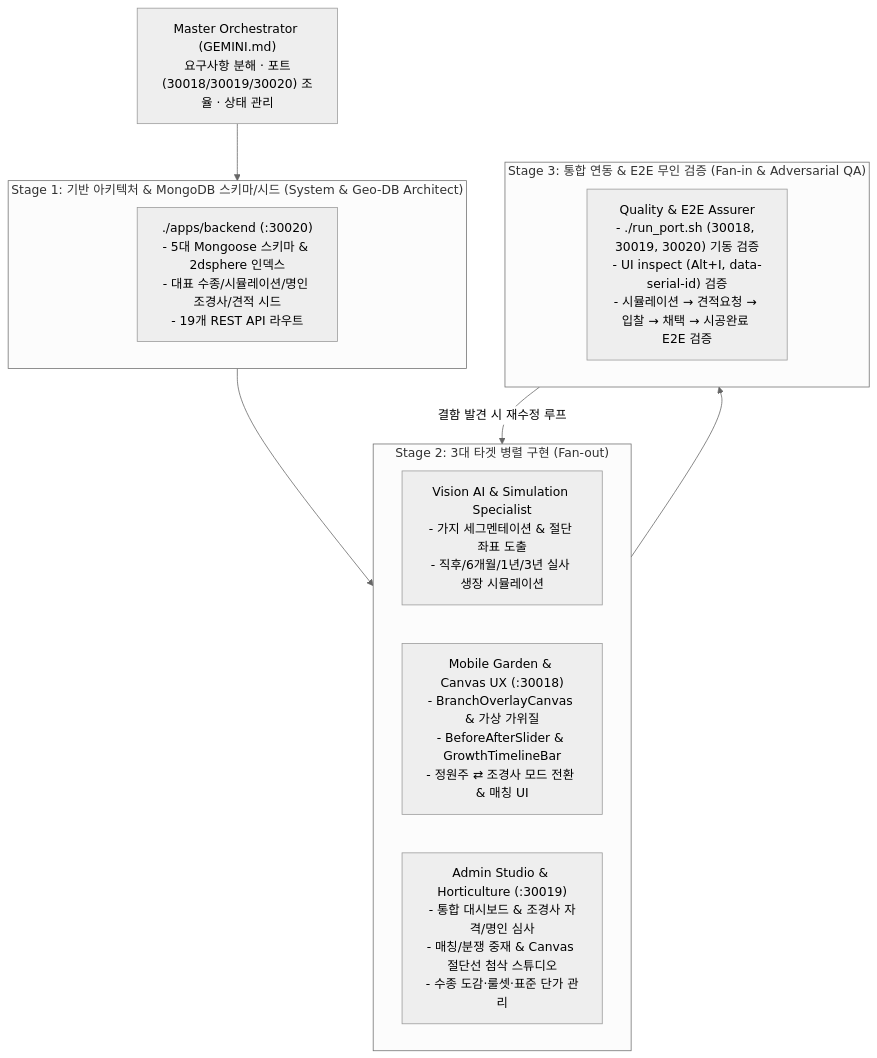
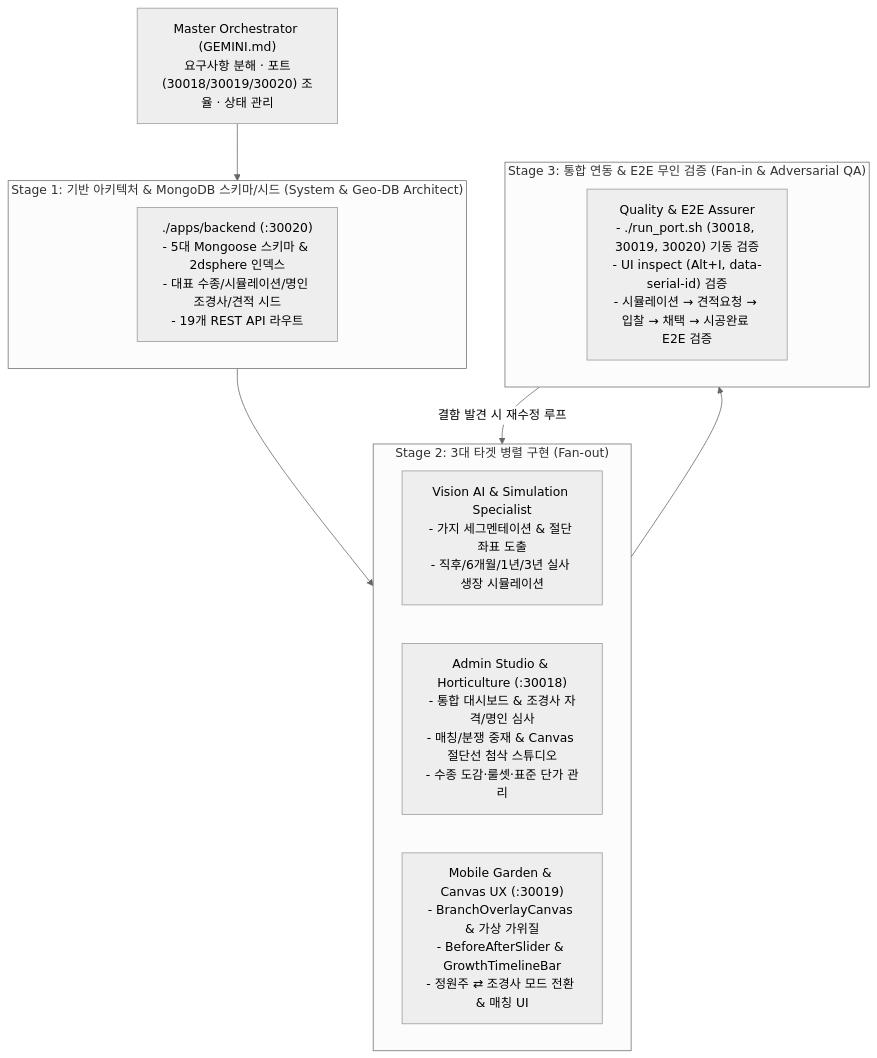
One commit to yojulab/ex_project_GajiTalk changed the diagram in .agents/rules/orchestration-pipeline.md. Above: the diagram before and after it, drawn with Mermaid (neutral theme). The commit also changed other lines of this file and 18 other files, not shown here.

Commit message:
feat(infra): 운영 서버 도메인(jupiter/saturn/uranus) 및 포트(30018 admin, 30019 mobile, 30020 backend) 매핑 동기화

````diff
--- a/.agents/rules/orchestration-pipeline.md
+++ b/.agents/rules/orchestration-pipeline.md
@@ -15,23 +15,23 @@
 ```mermaid
 flowchart TB
     Orchestrator["Master Orchestrator (GEMINI.md)<br/>요구사항 분해 · 포트(30018/30019/30020) 조율 · 상태 관리"]
 
     subgraph Phase1 ["Stage 1: 기반 아키텍처 & MongoDB 스키마/시드 (System & Geo-DB Architect)"]
         DB["./apps/backend (:30020)<br/>- 5대 Mongoose 스키마 & 2dsphere 인덱스<br/>- 대표 수종/시뮬레이션/명인 조경사/견적 시드<br/>- 19개 REST API 라우트"]
     end
 
     subgraph Phase2 ["Stage 2: 3대 타겟 병렬 구현 (Fan-out)"]
         AI["Vision AI & Simulation Specialist<br/>- 가지 세그멘테이션 & 절단 좌표 도출<br/>- 직후/6개월/1년/3년 실사 생장 시뮬레이션"]
-        Mobile["Mobile Garden & Canvas UX (:30018)<br/>- BranchOverlayCanvas & 가상 가위질<br/>- BeforeAfterSlider & GrowthTimelineBar<br/>- 정원주 ⇄ 조경사 모드 전환 & 매칭 UI"]
-        Admin["Admin Studio & Horticulture (:30019)<br/>- 통합 대시보드 & 조경사 자격/명인 심사<br/>- 매칭/분쟁 중재 & Canvas 절단선 첨삭 스튜디오<br/>- 수종 도감·룰셋·표준 단가 관리"]
+        Admin["Admin Studio & Horticulture (:30018)<br/>- 통합 대시보드 & 조경사 자격/명인 심사<br/>- 매칭/분쟁 중재 & Canvas 절단선 첨삭 스튜디오<br/>- 수종 도감·룰셋·표준 단가 관리"]
+        Mobile["Mobile Garden & Canvas UX (:30019)<br/>- BranchOverlayCanvas & 가상 가위질<br/>- BeforeAfterSlider & GrowthTimelineBar<br/>- 정원주 ⇄ 조경사 모드 전환 & 매칭 UI"]
     end
 
     subgraph Phase3 ["Stage 3: 통합 연동 & E2E 무인 검증 (Fan-in & Adversarial QA)"]
         QA["Quality & E2E Assurer<br/>- ./run_port.sh (30018, 30019, 30020) 기동 검증<br/>- UI inspect (Alt+I, data-serial-id) 검증<br/>- 시뮬레이션 → 견적요청 → 입찰 → 채택 → 시공완료 E2E 검증"]
     end
 
     Orchestrator --> Phase1
     Phase1 --> Phase2
     Phase2 --> Phase3
     Phase3 -->|결함 발견 시 재수정 루프| Phase2
 ```
````
